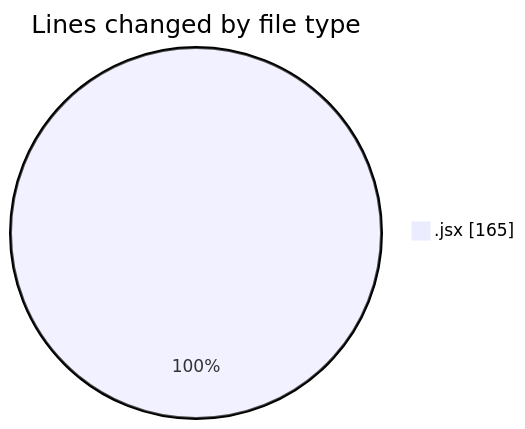
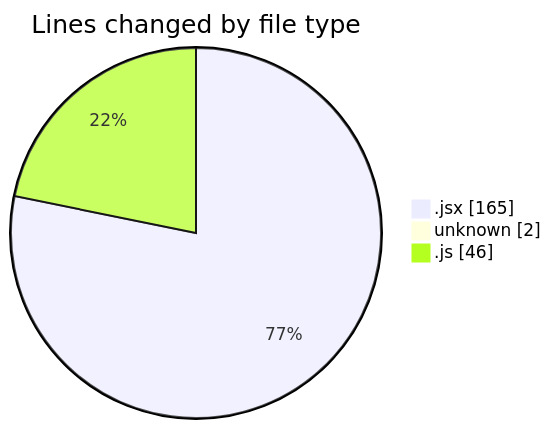
The first of 2 diagrams in 2025-02-22/elitegpt/README.md (Elitesun/code-tracking), drawn with Mermaid before and after one commit. The commit also changed other lines of this file and 1 other file, not shown here.

````diff
--- a/2025-02-22/elitegpt/README.md
+++ b/2025-02-22/elitegpt/README.md
@@ -24,5 +27,7 @@
 ```mermaid
 pie showData
 title Lines changed by file type
 ".jsx" : 165
+"unknown" : 2
+".js" : 46
 ```
````
